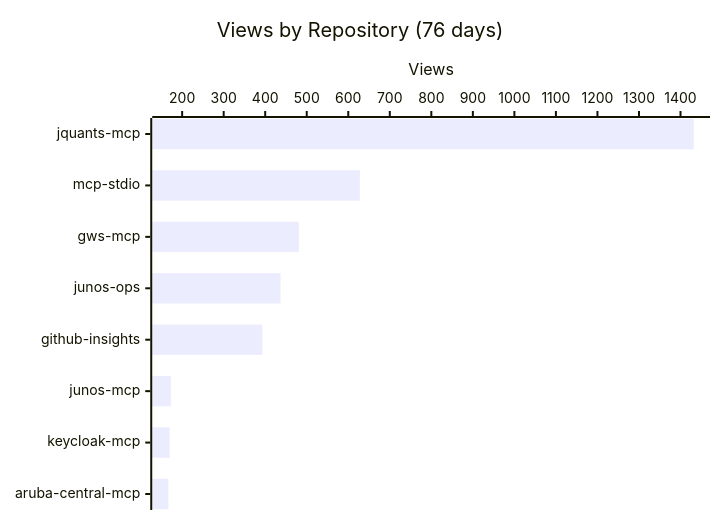
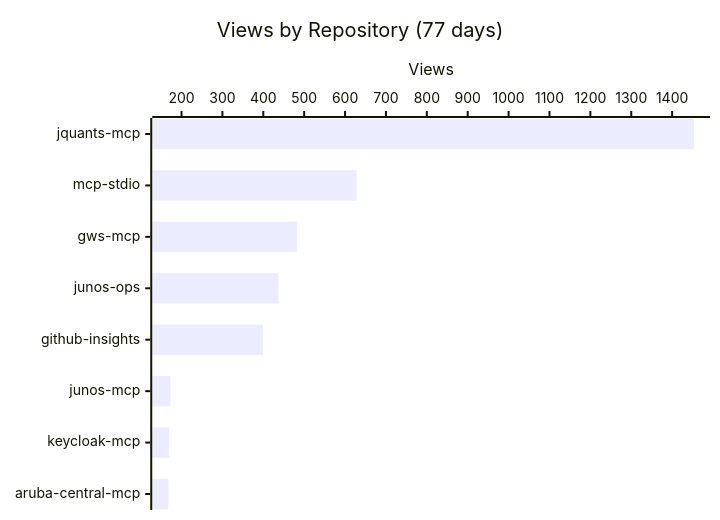
Before and after one commit to shigechika/github-insights: the first of 3 diagrams in README.md, drawn with Mermaid. The commit also changed other lines of this file and 2 other files, not shown here.

````diff
--- a/README.md
+++ b/README.md
@@ -18,7 +18,7 @@
 ```mermaid
 xychart-beta horizontal
-    title "Views by Repository (76 days)"
+    title "Views by Repository (77 days)"
     x-axis ["jquants-mcp", "mcp-stdio", "gws-mcp", "junos-ops", "github-insights", "junos-mcp", "keycloak-mcp", "aruba-central-mcp"]
     y-axis "Views"
-    bar [1432, 628, 481, 437, 393, 173, 170, 167]
+    bar [1453, 628, 482, 437, 399, 173, 170, 168]
 ```
````
